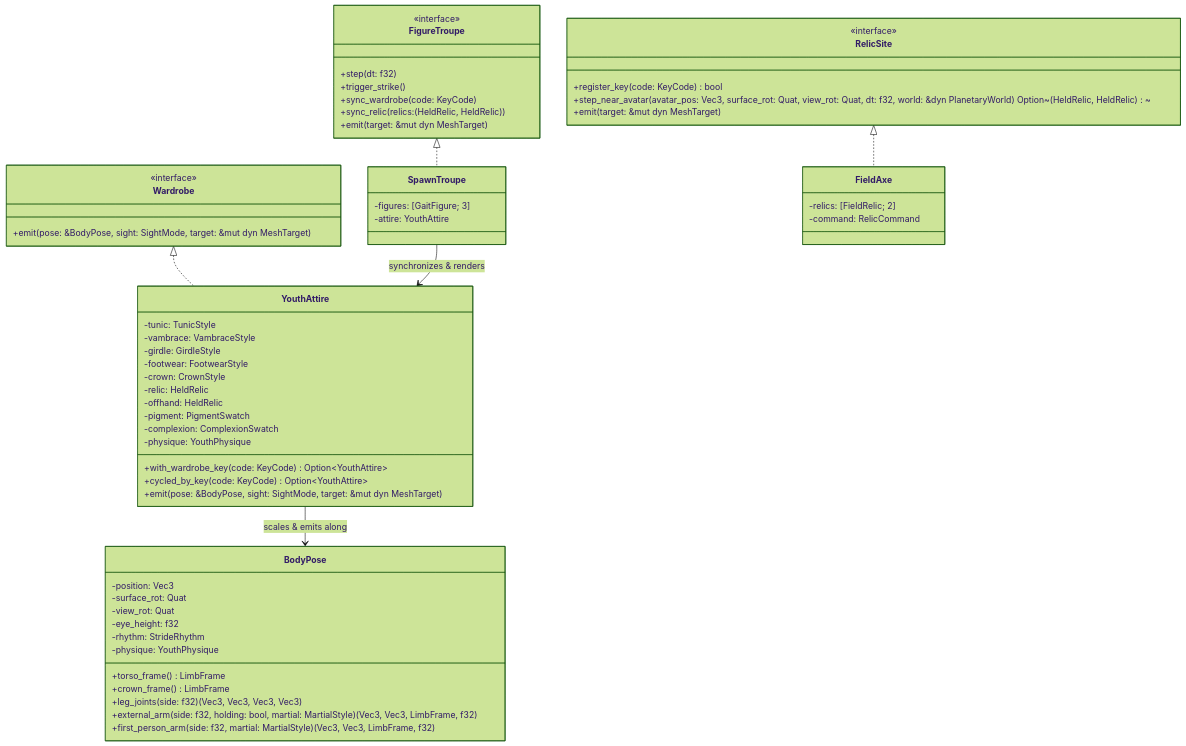
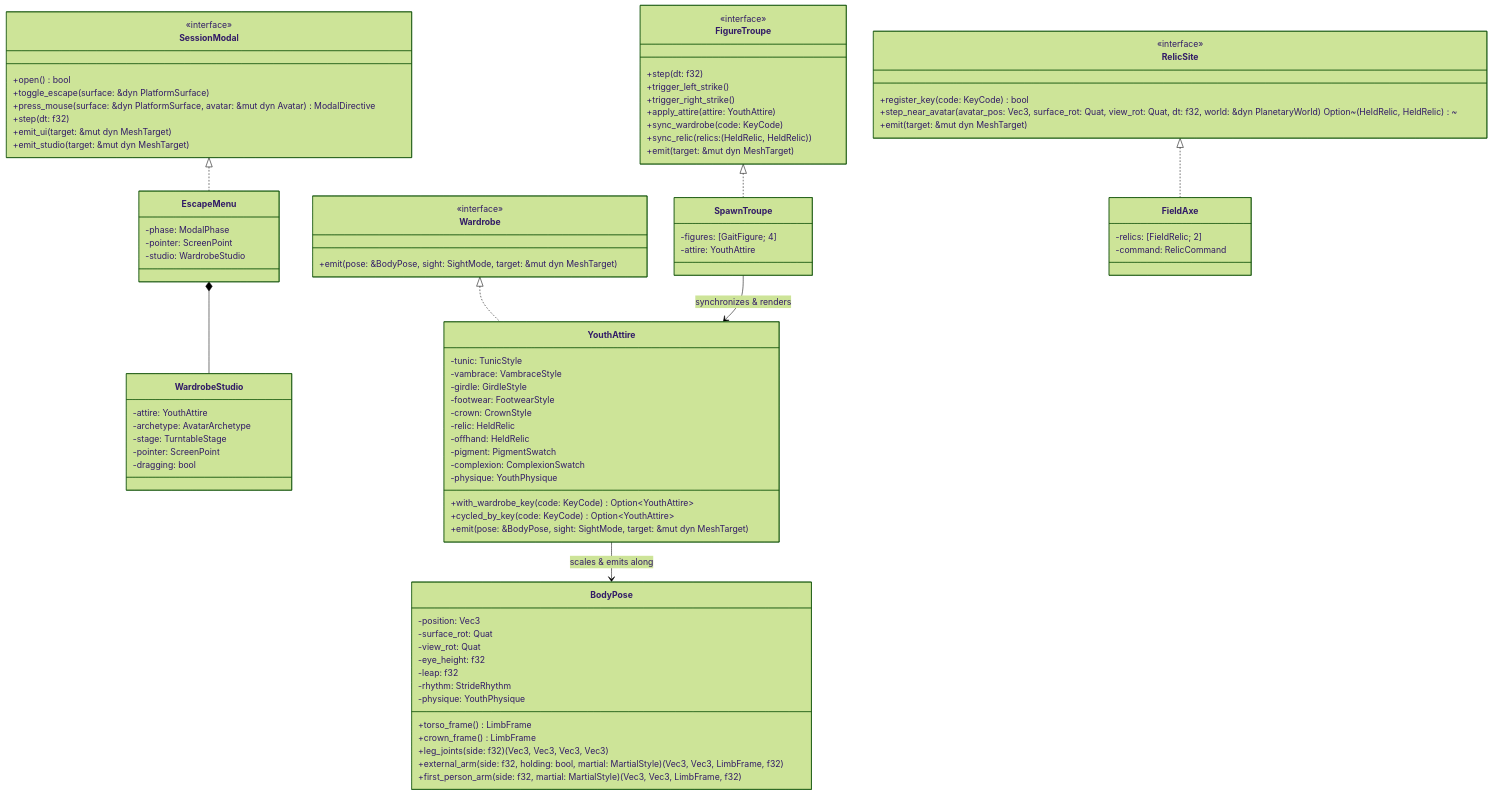
Before and after one commit to schillermann/low-cube: the diagram in docs/CHARACTER.md, drawn with Mermaid (forest theme). The commit also changed other lines of this file and 26 other files, not shown here.

```diff
--- a/docs/CHARACTER.md
+++ b/docs/CHARACTER.md
@@ -110,10 +143,22 @@
         +emit(pose: &BodyPose, sight: SightMode, target: &mut dyn MeshTarget)
     }
 
+    class SessionModal {
+        <<interface>>
+        +open() bool
+        +toggle_escape(surface: &dyn PlatformSurface)
+        +press_mouse(surface: &dyn PlatformSurface, avatar: &mut dyn Avatar) ModalDirective
+        +step(dt: f32)
+        +emit_ui(target: &mut dyn MeshTarget)
+        +emit_studio(target: &mut dyn MeshTarget)
+    }
+
     class FigureTroupe {
         <<interface>>
         +step(dt: f32)
-        +trigger_strike()
+        +trigger_left_strike()
+        +trigger_right_strike()
+        +apply_attire(attire: YouthAttire)
         +sync_wardrobe(code: KeyCode)
         +sync_relic(relics: (HeldRelic, HeldRelic))
         +emit(target: &mut dyn MeshTarget)
@@ -124,6 +169,20 @@
         +register_key(code: KeyCode) bool
         +step_near_avatar(avatar_pos: Vec3, surface_rot: Quat, view_rot: Quat, dt: f32, world: &dyn PlanetaryWorld) Option~(HeldRelic, HeldRelic)~
         +emit(target: &mut dyn MeshTarget)
+    }
+
+    class EscapeMenu {
+        -phase: ModalPhase
+        -pointer: ScreenPoint
+        -studio: WardrobeStudio
+    }
+
+    class WardrobeStudio {
+        -attire: YouthAttire
+        -archetype: AvatarArchetype
+        -stage: TurntableStage
+        -pointer: ScreenPoint
+        -dragging: bool
     }
 
     class YouthAttire {
@@ -147,6 +206,7 @@
         -surface_rot: Quat
         -view_rot: Quat
         -eye_height: f32
+        -leap: f32
         -rhythm: StrideRhythm
         -physique: YouthPhysique
         +torso_frame() LimbFrame
@@ -157,7 +217,7 @@
     }
 
     class SpawnTroupe {
-        -figures: [GaitFigure; 3]
+        -figures: [GaitFigure; 4]
         -attire: YouthAttire
     }
 
@@ -167,6 +227,8 @@
     }
 
     Wardrobe <|.. YouthAttire
+    SessionModal <|.. EscapeMenu
+    EscapeMenu *-- WardrobeStudio
     FigureTroupe <|.. SpawnTroupe
     RelicSite <|.. FieldAxe
     YouthAttire --> BodyPose : scales & emits along
```
